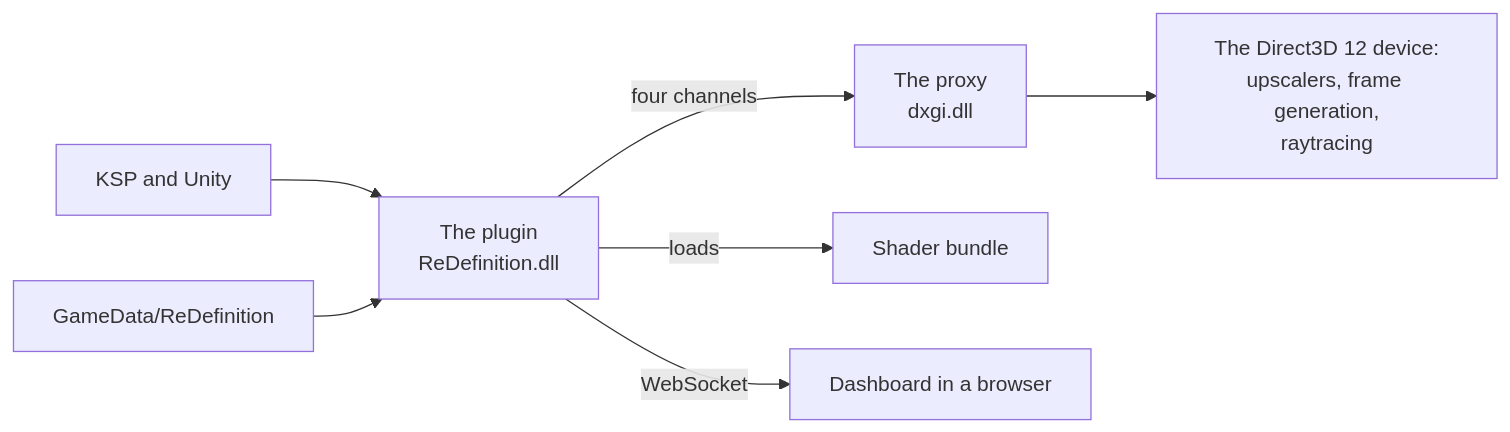
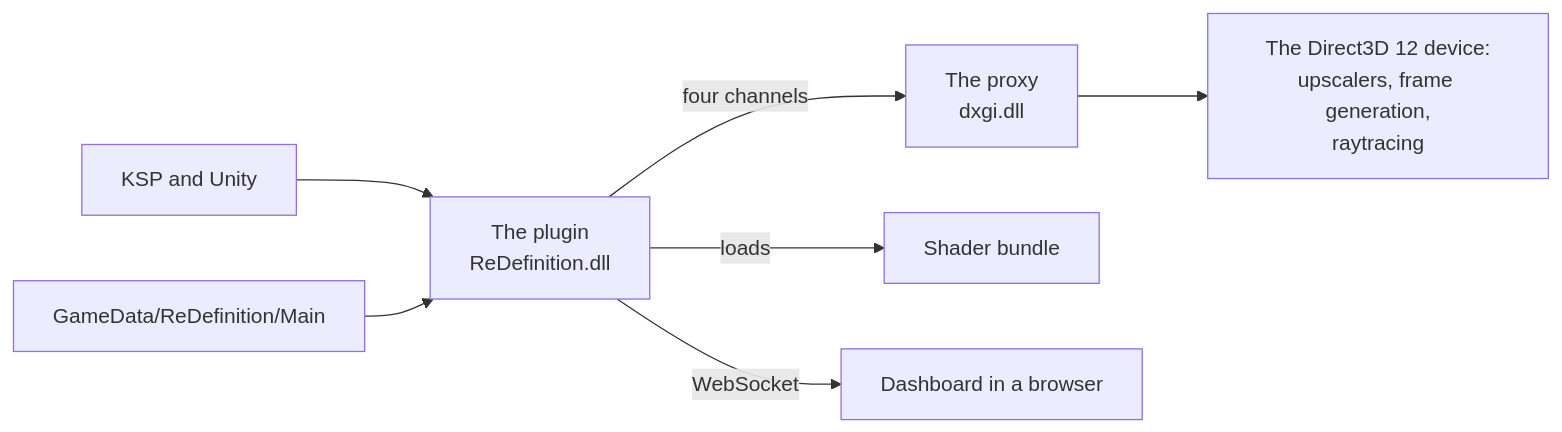
One commit to CaptainKeyboard/ReDefinition changed the first of 3 diagrams in docs/development/architecture.md. Above: the diagram before and after it, drawn with Mermaid. The commit also changed other lines of this file and 23 other files, not shown here.

````diff
--- a/docs/development/architecture.md
+++ b/docs/development/architecture.md
@@ -27,9 +27,9 @@
 ```mermaid
 flowchart LR
     ksp["KSP and Unity"] --> plugin["The plugin<br/>ReDefinition.dll"]
     plugin -- "four channels" --> proxy["The proxy<br/>dxgi.dll"]
     proxy --> gpu["The Direct3D 12 device:<br/>upscalers, frame generation,<br/>raytracing"]
     plugin -- "loads" --> bundle["Shader bundle"]
     plugin -- "WebSocket" --> dash["Dashboard in a browser"]
-    data["GameData/ReDefinition"] --> plugin
+    data["GameData/ReDefinition/Main"] --> plugin
 ```
````
